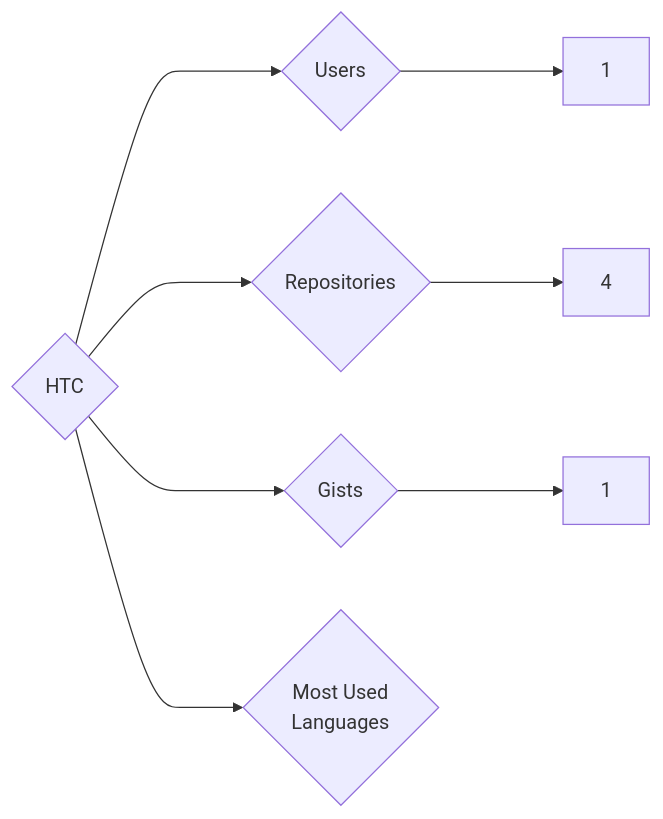
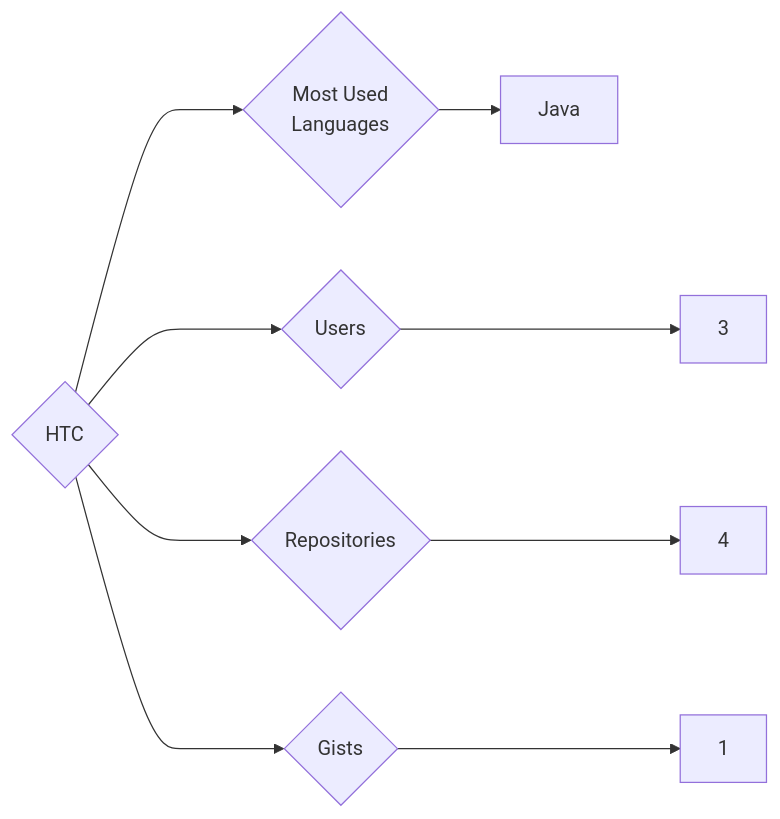
Before and after one commit to trickest/insiders: the diagram in targets/HTC/README.md, drawn with Mermaid. The commit also changed 718 other files, not shown here.

````diff
--- a/targets/HTC/README.md
+++ b/targets/HTC/README.md
@@ -3,8 +3,9 @@
 ```mermaid
 graph LR
 COMPANY_NAME{HTC}
-COMPANY_NAME ---> U{Users} ---> UN[1]
+COMPANY_NAME ---> U{Users} ---> UN[3]
 COMPANY_NAME ---> R{Repositories} ---> RN[4]
 COMPANY_NAME ---> G{Gists} ---> GN[1]
 COMPANY_NAME ---> ML{Most Used<br>Languages}
+ML --> Java[Java]
 ```
````
